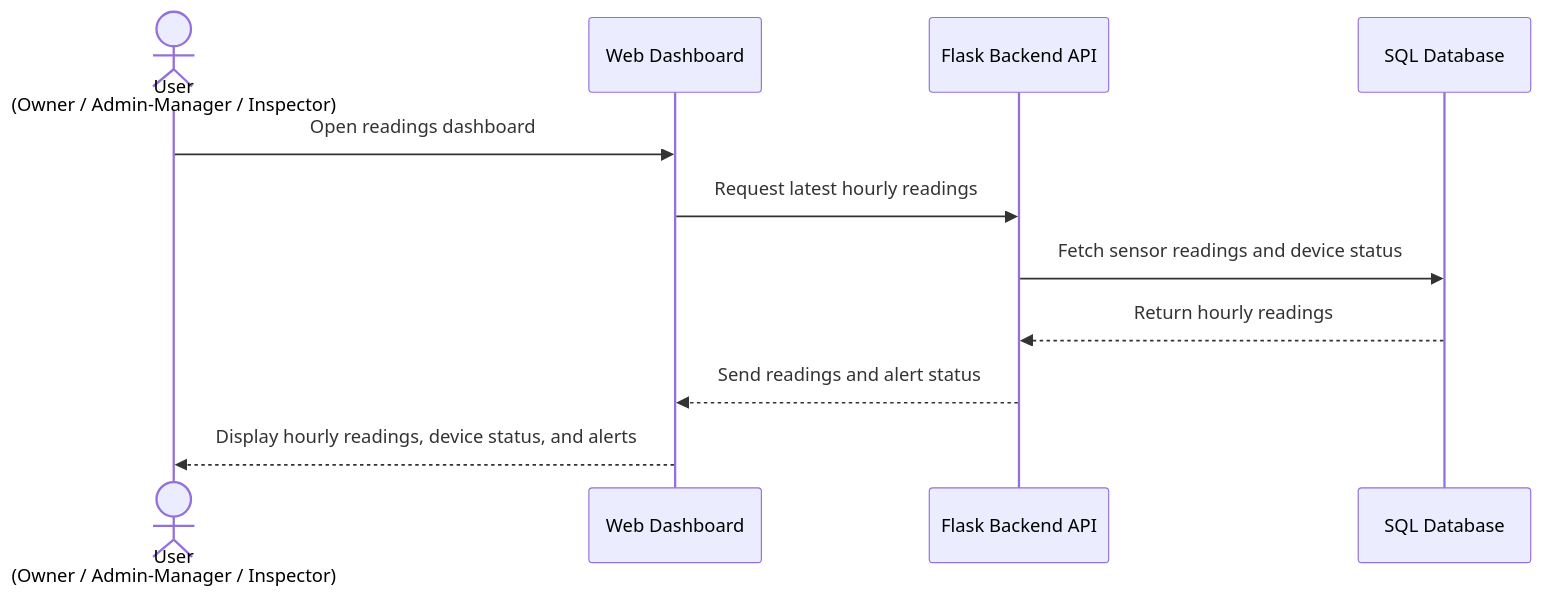
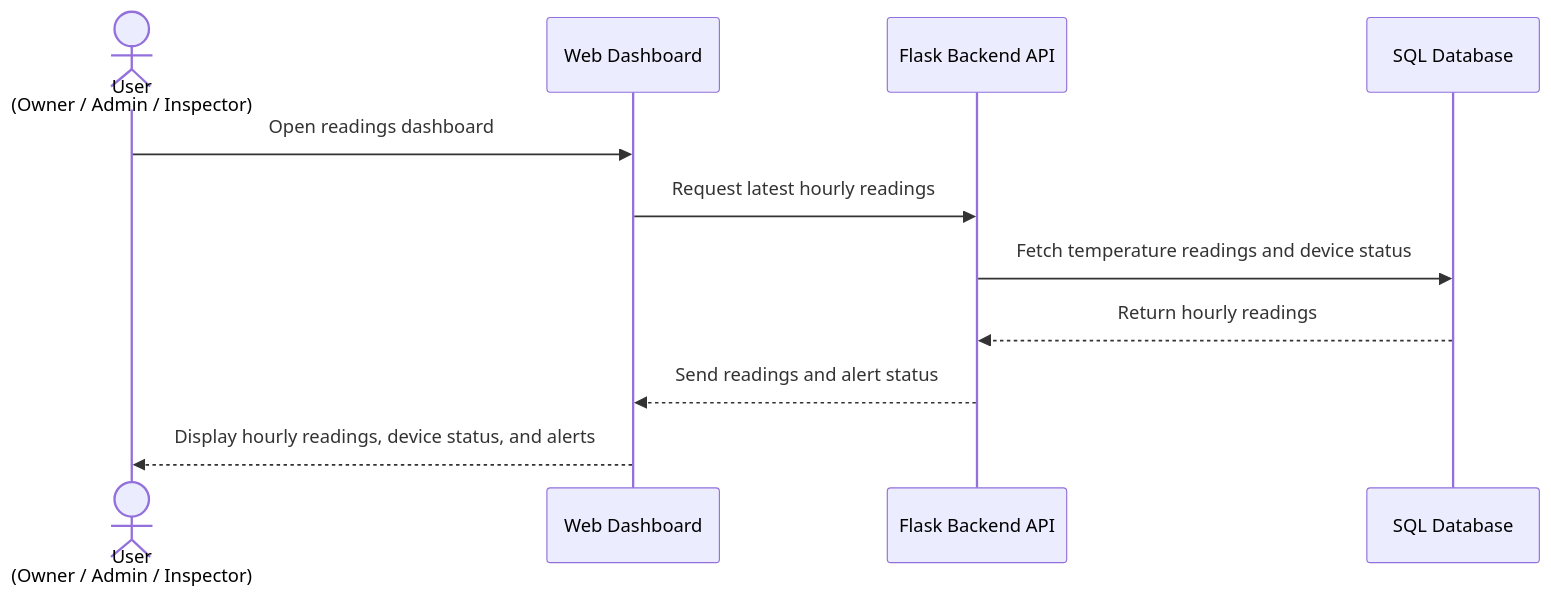
The fourth of 5 diagrams in Stage 3/3. Create High-Level Sequence Diagrams/High-Level Sequence Diagrams.md (rabea14180-max/Portfolio-Project), drawn with Mermaid before and after one commit. The commit also changed other lines of this file, not shown here.

Commit message:
Update High-Level Sequence Diagrams.md

````diff
--- a/Stage 3/3. Create High-Level Sequence Diagrams/High-Level Sequence Diagrams.md
+++ b/Stage 3/3. Create High-Level Sequence Diagrams/High-Level Sequence Diagrams.md
@@ -85,14 +121,14 @@
 ```mermaid
 sequenceDiagram
-    actor User as User<br/>(Owner / Admin-Manager / Inspector)
+    actor User as User<br/>(Owner / Admin / Inspector)
     participant Dashboard as Web Dashboard
     participant API as Flask Backend API
     participant DB as SQL Database
 
     User->>Dashboard: Open readings dashboard
     Dashboard->>API: Request latest hourly readings
-    API->>DB: Fetch sensor readings and device status
+    API->>DB: Fetch temperature readings and device status
     DB-->>API: Return hourly readings
     API-->>Dashboard: Send readings and alert status
     Dashboard-->>User: Display hourly readings, device status, and alerts
 ```
````
